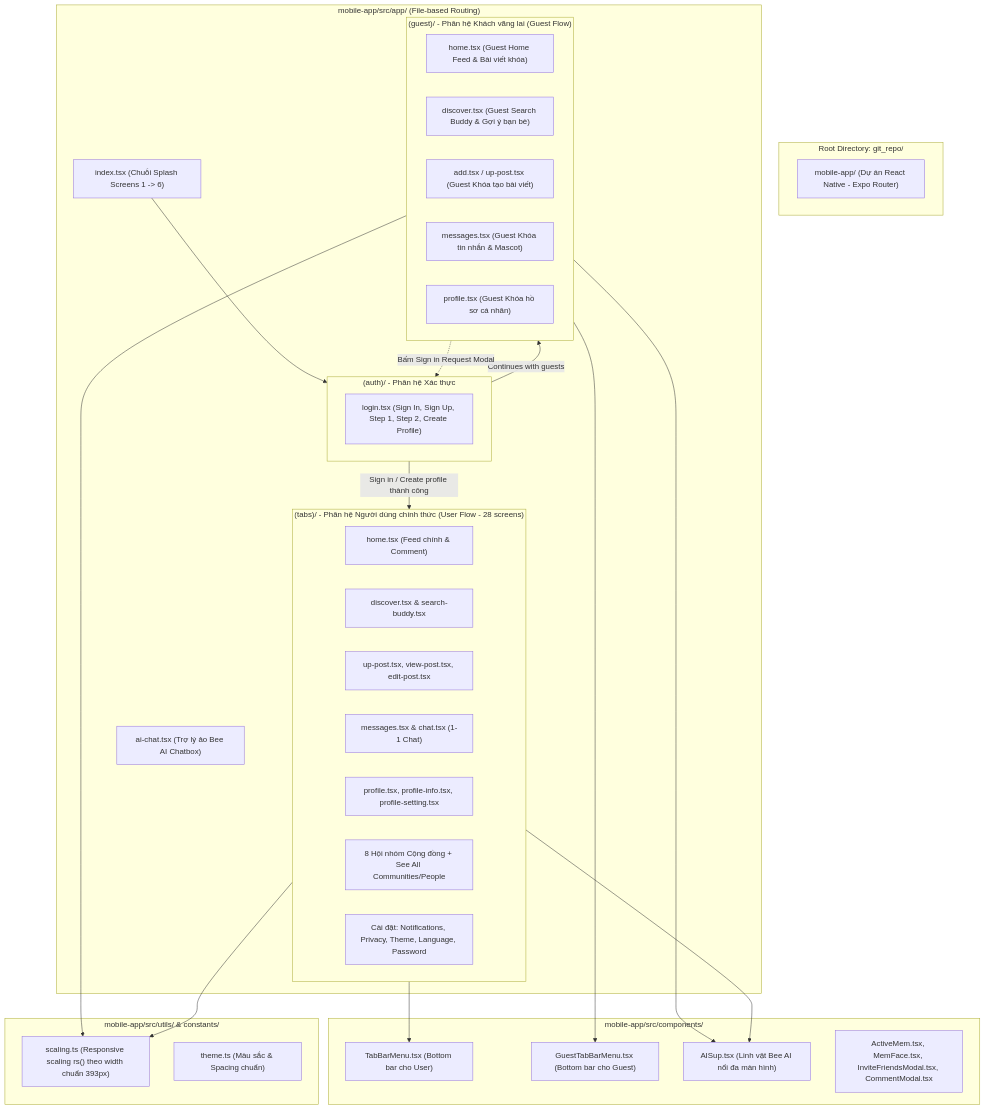
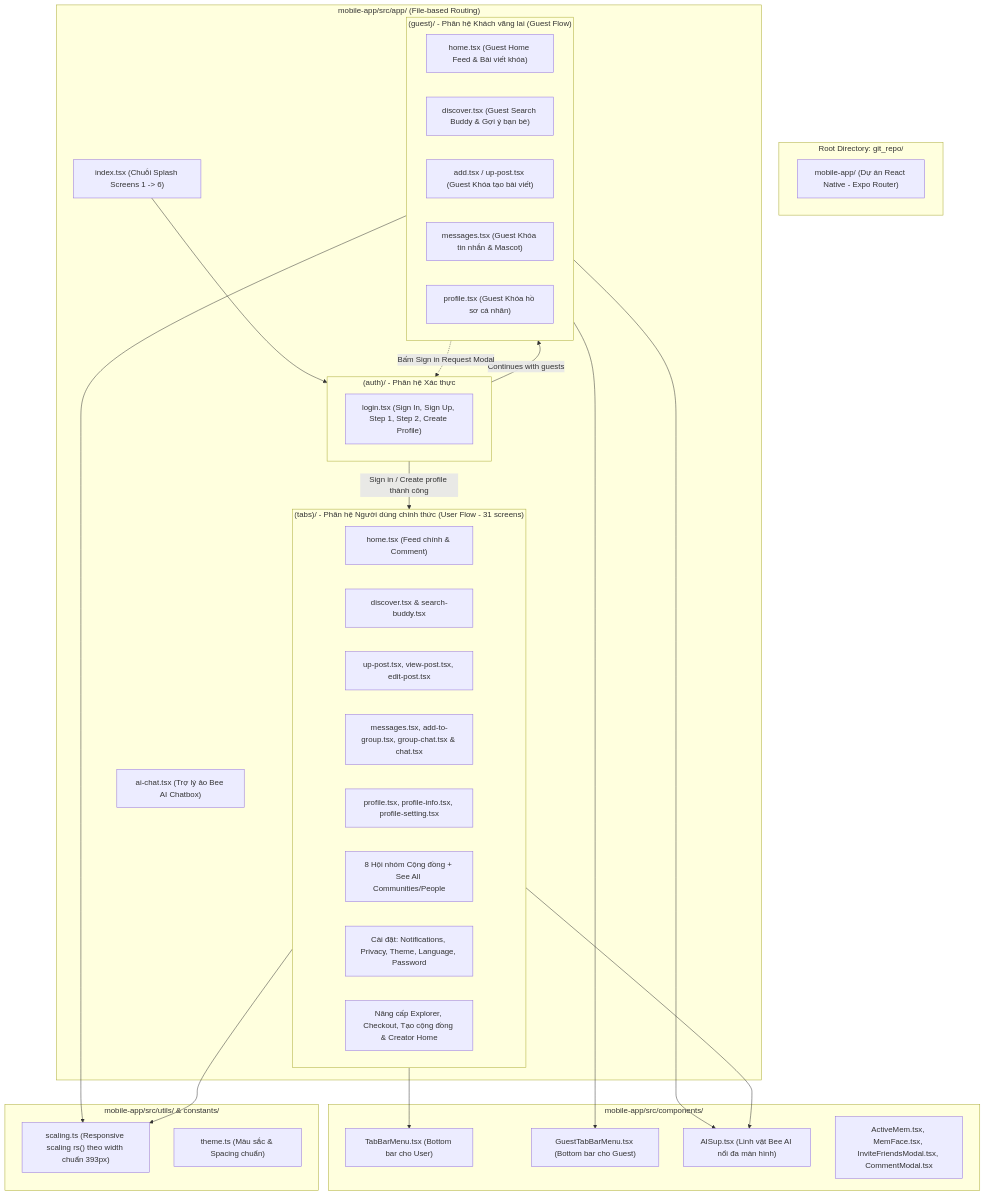
Before and after one commit to buitrungkien2005/App-Mobile: the diagram in readme.md, drawn with Mermaid. The commit also changed other lines of this file and 83 other files, not shown here.

````diff
--- a/readme.md
+++ b/readme.md
@@ -9,56 +9,57 @@
 ```mermaid
 flowchart TD
     subgraph ROOT["Root Directory: git_repo/"]
         MA["mobile-app/ (Dự án React Native - Expo Router)"]
     end
 
     subgraph APP["mobile-app/src/app/ (File-based Routing)"]
         INDEX["index.tsx (Chuỗi Splash Screens 1 -> 6)"]
         AICHAT["ai-chat.tsx (Trợ lý ảo Bee AI Chatbox)"]
         
         subgraph AUTH["(auth)/ - Phân hệ Xác thực"]
             LOGIN["login.tsx (Sign In, Sign Up, Step 1, Step 2, Create Profile)"]
         end
 
         subgraph GUEST["(guest)/ - Phân hệ Khách vãng lai (Guest Flow)"]
             G_HOME["home.tsx (Guest Home Feed & Bài viết khóa)"]
             G_DISCOVER["discover.tsx (Guest Search Buddy & Gợi ý bạn bè)"]
             G_ADD["add.tsx / up-post.tsx (Guest Khóa tạo bài viết)"]
             G_MESS["messages.tsx (Guest Khóa tin nhắn & Mascot)"]
             G_PROF["profile.tsx (Guest Khóa hồ sơ cá nhân)"]
         end
 
-        subgraph TABS["(tabs)/ - Phân hệ Người dùng chính thức (User Flow - 28 screens)"]
+        subgraph TABS["(tabs)/ - Phân hệ Người dùng chính thức (User Flow - 31 screens)"]
             T_HOME["home.tsx (Feed chính & Comment)"]
             T_DISCOVER["discover.tsx & search-buddy.tsx"]
             T_POST["up-post.tsx, view-post.tsx, edit-post.tsx"]
-            T_CHAT["messages.tsx & chat.tsx (1-1 Chat)"]
+            T_CHAT["messages.tsx, add-to-group.tsx, group-chat.tsx & chat.tsx"]
             T_PROF["profile.tsx, profile-info.tsx, profile-setting.tsx"]
             T_COMM["8 Hội nhóm Cộng đồng + See All Communities/People"]
             T_SETT["Cài đặt: Notifications, Privacy, Theme, Language, Password"]
+            T_CREAT["Nâng cấp Explorer, Checkout, Tạo cộng đồng & Creator Home"]
         end
     end
 
     subgraph CORE_COMPONENTS["mobile-app/src/components/"]
         TABBAR["TabBarMenu.tsx (Bottom bar cho User)"]
         G_TABBAR["GuestTabBarMenu.tsx (Bottom bar cho Guest)"]
         AISUP["AISup.tsx (Linh vật Bee AI nổi đa màn hình)"]
         MODALS["ActiveMem.tsx, MemFace.tsx, InviteFriendsModal.tsx, CommentModal.tsx"]
     end
 
     subgraph UTILS["mobile-app/src/utils/ & constants/"]
         SCALING["scaling.ts (Responsive scaling rs() theo width chuẩn 393px)"]
         THEME["theme.ts (Màu sắc & Spacing chuẩn)"]
     end
 
     INDEX --> AUTH
     AUTH -->|Continues with guests| GUEST
     AUTH -->|Sign in / Create profile thành công| TABS
     GUEST -.->|Bấm Sign in Request Modal| AUTH
     GUEST --> G_TABBAR
     TABS --> TABBAR
     GUEST --> AISUP
     TABS --> AISUP
     GUEST --> SCALING
     TABS --> SCALING
 ```
````
